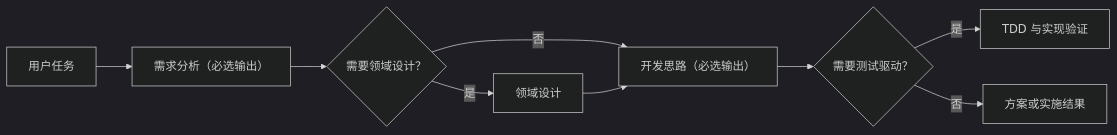
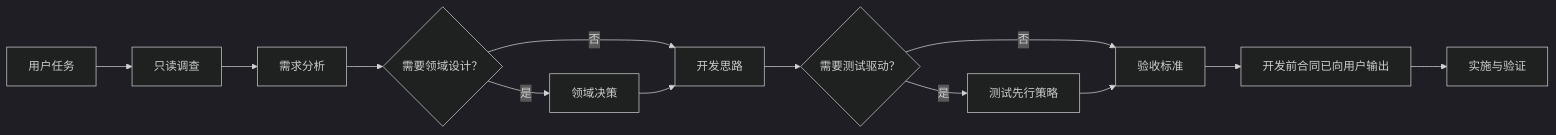
The diagram in README.md (stackJx/navigate-software-development), drawn with Mermaid (dark theme) before and after one commit. The commit also changed other lines of this file and 6 other files, not shown here.

````diff
--- a/README.md
+++ b/README.md
@@ -17,11 +17,15 @@
 ```mermaid
 flowchart LR
-    A["用户任务"] --> R["需求分析（必选输出）"]
+    A["用户任务"] --> X["只读调查"]
+    X --> R["需求分析"]
     R --> D{"需要领域设计？"}
-    D -- "是" --> DD["领域设计"]
-    D -- "否" --> P["开发思路（必选输出）"]
+    D -- "是" --> DD["领域决策"]
+    D -- "否" --> P["开发思路"]
     DD --> P
     P --> T{"需要测试驱动？"}
-    T -- "是" --> TT["TDD 与实现验证"]
-    T -- "否" --> O["方案或实施结果"]
+    T -- "是" --> TS["测试先行策略"]
+    T -- "否" --> A1["验收标准"]
+    TS --> A1
+    A1 --> G["开发前合同已向用户输出"]
+    G --> O["实施与验证"]
 ```
````
